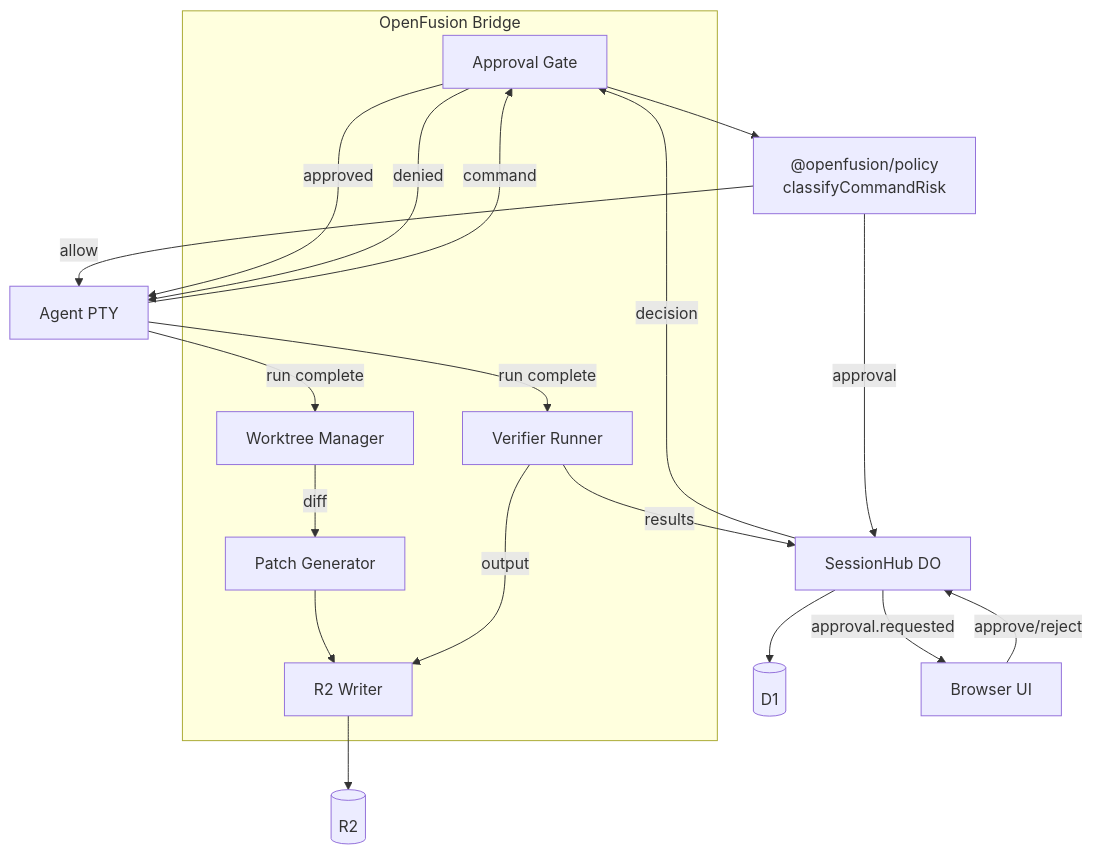
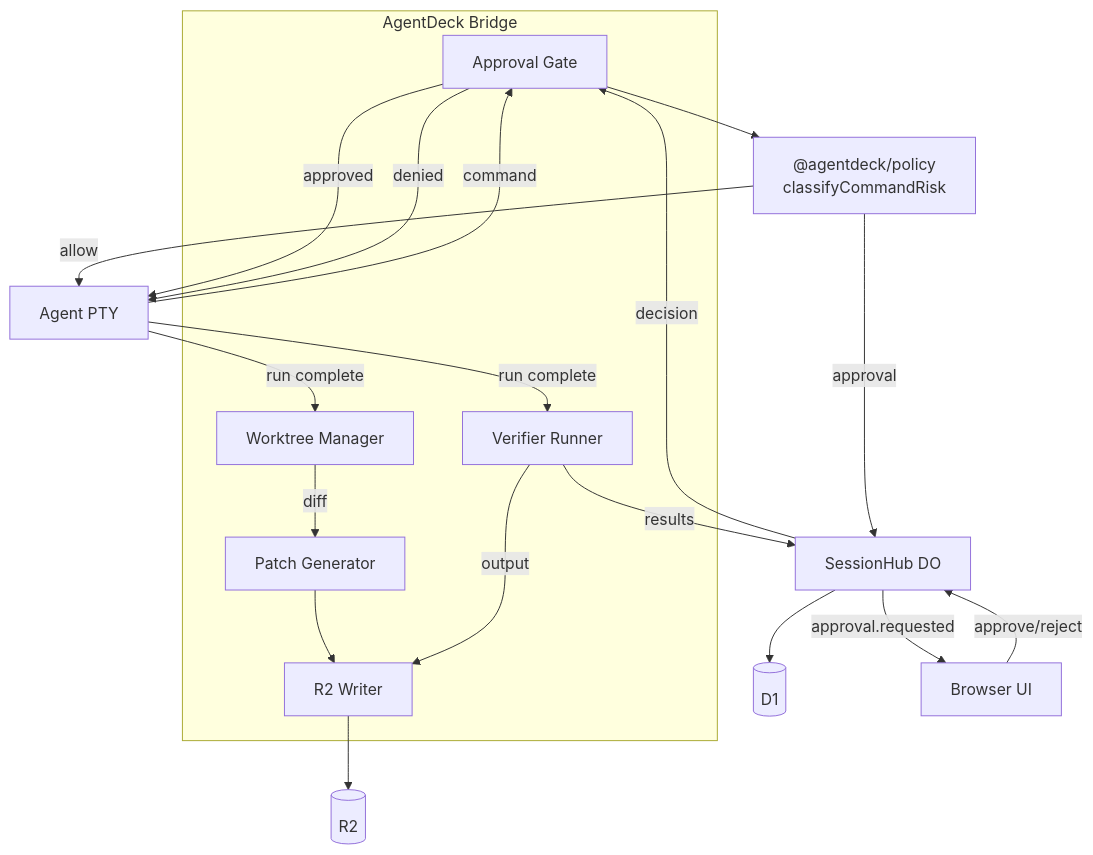
The first of 2 diagrams in Docs/PHASES/PHASE_07_POLICY_VERIFICATION.md (itsVijayCoder/agentDeck), drawn with Mermaid before and after one commit. The commit also changed other lines of this file and 86 other files, not shown here.

First line of the commit message:
refactor: rename project from openfusion to AgentDeck

````diff
--- a/Docs/PHASES/PHASE_07_POLICY_VERIFICATION.md
+++ b/Docs/PHASES/PHASE_07_POLICY_VERIFICATION.md
@@ -34,38 +34,38 @@
 ```mermaid
 flowchart TB
-  subgraph Bridge[OpenFusion Bridge]
+  subgraph Bridge[AgentDeck Bridge]
     Gate[Approval Gate]
     Worktree[Worktree Manager]
     Verifier[Verifier Runner]
     Patcher[Patch Generator]
     R2Writer[R2 Writer]
   end
 
   Agent[Agent PTY]
-  Policy["@openfusion/policy<br/>classifyCommandRisk"]
+  Policy["@agentdeck/policy<br/>classifyCommandRisk"]
   DO[SessionHub DO]
   D1[(D1)]
   R2[(R2)]
   UI[Browser UI]
 
   Agent -->|command| Gate
   Gate --> Policy
   Policy -->|allow| Agent
   Policy -->|approval| DO
   DO -->|approval.requested| UI
   UI -->|approve/reject| DO
   DO -->|decision| Gate
   Gate -->|approved| Agent
   Gate -->|denied| Agent
 
   Agent -->|run complete| Worktree
   Worktree -->|diff| Patcher
   Patcher --> R2Writer
   R2Writer --> R2
 
   Agent -->|run complete| Verifier
   Verifier -->|output| R2Writer
   Verifier -->|results| DO
 
   DO --> D1
 ```
````
